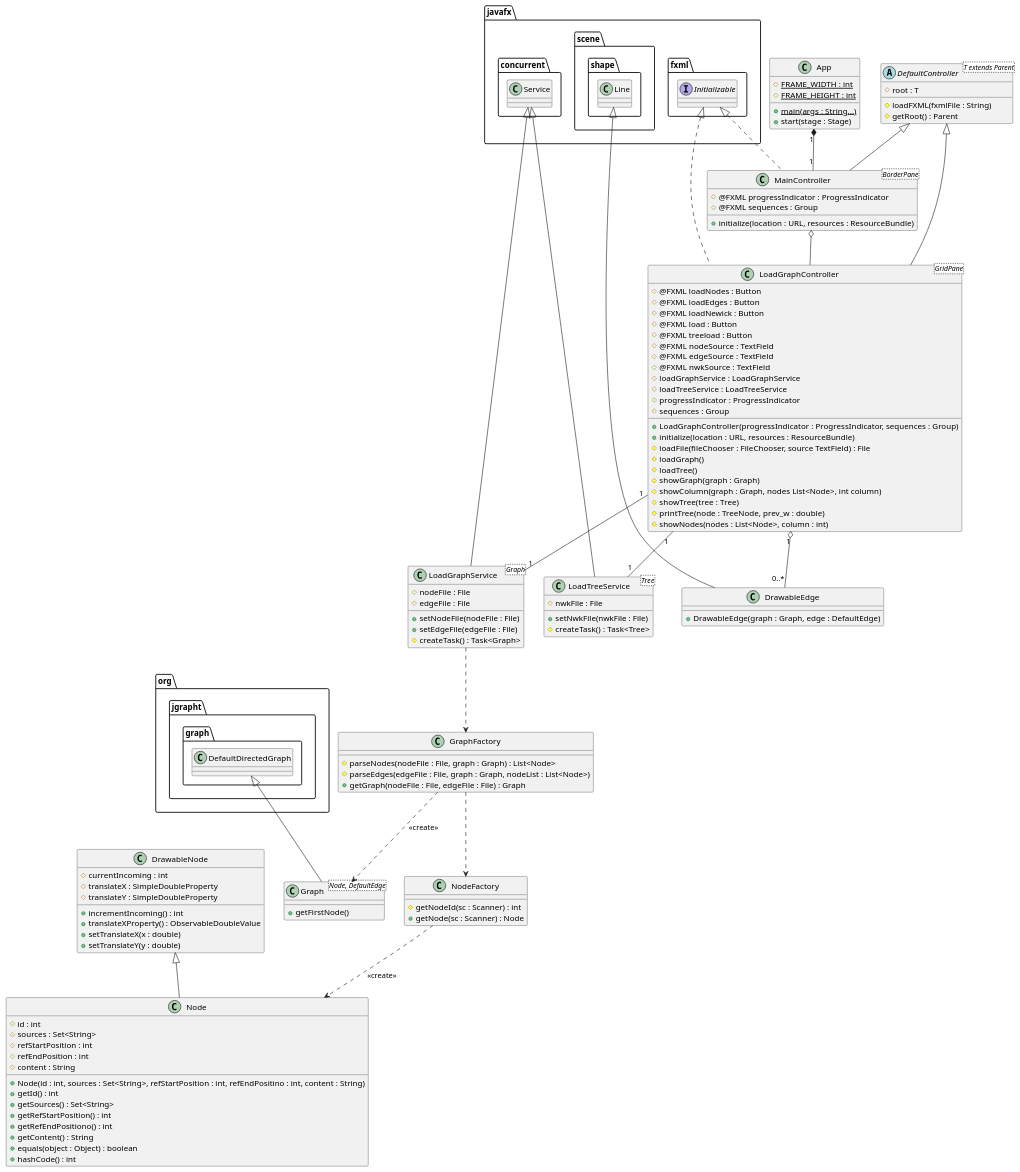
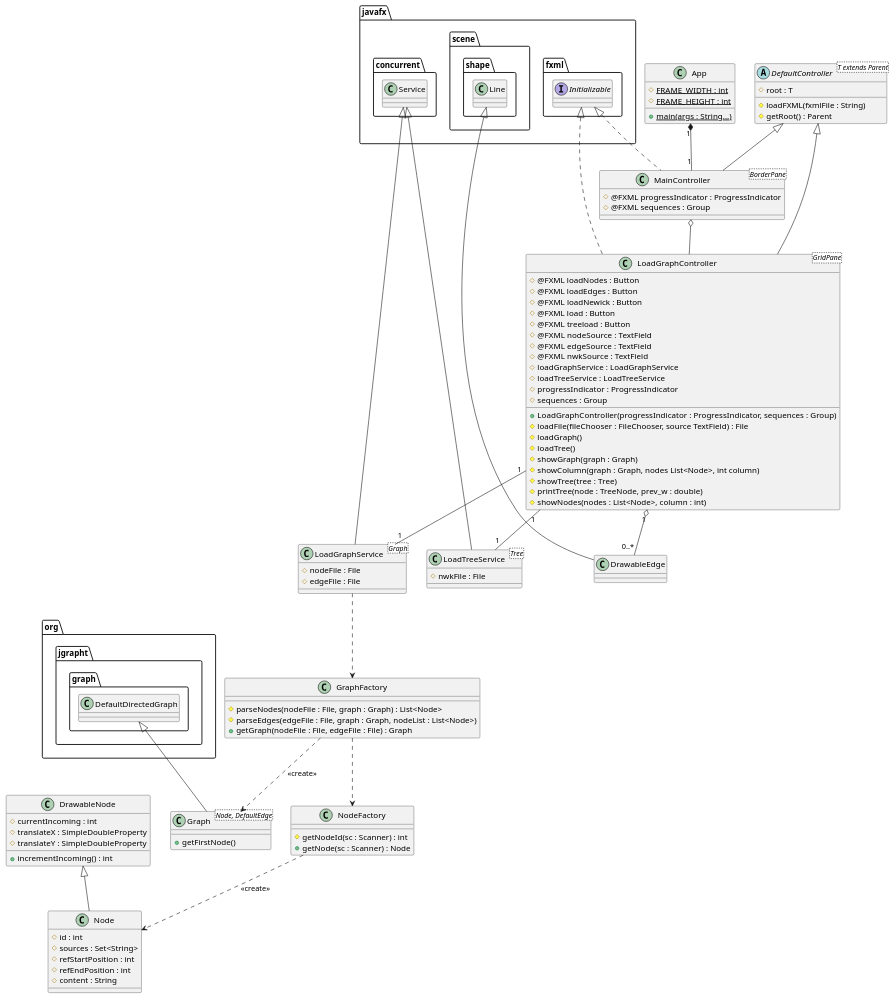
Before and after one commit to ProgrammingLife2015/geex: the diagram in diagrams/ProgrammingLife.puml, drawn with PlantUML.

Commit message:
Remove not interesting parts of the diagram

```diff
--- a/diagrams/ProgrammingLife.puml
+++ b/diagrams/ProgrammingLife.puml
@@ -1,120 +1,97 @@
 @startuml
 class App {
     {static} # FRAME_WIDTH : int
     {static} # FRAME_HEIGHT : int
 
     {static} +main(args : String...)
-    +start(stage : Stage)
 }
 
-class DrawableEdge extends javafx.scene.shape.Line {
-    +DrawableEdge(graph : Graph, edge : DefaultEdge)
-}
+class DrawableEdge extends javafx.scene.shape.Line
 class DrawableNode {
     # currentIncoming : int
     # translateX : SimpleDoubleProperty
     # translateY : SimpleDoubleProperty
+
     +incrementIncoming() : int
-    +translateXProperty() : ObservableDoubleValue
-    +setTranslateX(x : double)
-    +setTranslateY(y : double)
 }
 
 abstract class DefaultController<T extends Parent> {
     # root : T
     #loadFXML(fxmlFile : String)
     #getRoot() : Parent
 }
 
 class MainController<BorderPane> extends DefaultController implements javafx.fxml.Initializable {
     # @FXML progressIndicator : ProgressIndicator
     # @FXML sequences : Group
-    +initialize(location : URL, resources : ResourceBundle)
 }
 
 class LoadGraphController<GridPane> Extends DefaultController implements javafx.fxml.Initializable {
     # @FXML loadNodes : Button
     # @FXML loadEdges : Button
     # @FXML loadNewick : Button
     # @FXML load : Button
     # @FXML treeload : Button
     # @FXML nodeSource : TextField
     # @FXML edgeSource : TextField
     # @FXML nwkSource : TextField
     # loadGraphService : LoadGraphService
     # loadTreeService : LoadTreeService
     # progressIndicator : ProgressIndicator
     # sequences : Group
 
     +LoadGraphController(progressIndicator : ProgressIndicator, sequences : Group)
-    +initialize(location : URL, resources : ResourceBundle)
     #loadFile(fileChooser : FileChooser, source TextField) : File
     #loadGraph()
     #loadTree()
     #showGraph(graph : Graph)
     #showColumn(graph : Graph, nodes List<Node>, int column)
     #showTree(tree : Tree)
     #printTree(node : TreeNode, prev_w : double)
     #showNodes(nodes : List<Node>, column : int)
 }
 
 
 class Node extends DrawableNode {
     # id : int
     # sources : Set<String>
     # refStartPosition : int
     # refEndPosition : int
     # content : String
-
-    +Node(id : int, sources : Set<String>, refStartPosition : int, refEndPositino : int, content : String)
-    +getId() : int
-    +getSources() : Set<String>
-    +getRefStartPosition() : int
-    +getRefEndPositiono() : int
-    +getContent() : String
-    +equals(object : Object) : boolean
-    +hashCode() : int
 }
 class NodeFactory {
     #getNodeId(sc : Scanner) : int
     +getNode(sc : Scanner) : Node
 }
 
 class Graph<Node, DefaultEdge> extends org.jgrapht.graph.DefaultDirectedGraph {
     +getFirstNode()
 }
 class GraphFactory {
     #parseNodes(nodeFile : File, graph : Graph) : List<Node>
     #parseEdges(edgeFile : File, graph : Graph, nodeList : List<Node>)
     +getGraph(nodeFile : File, edgeFile : File) : Graph
 }
 
 class LoadGraphService<Graph> extends javafx.concurrent.Service {
     # nodeFile : File
     # edgeFile : File
-
-    +setNodeFile(nodeFile : File)
-    +setEdgeFile(edgeFile : File)
-    #createTask() : Task<Graph>
 }
 class LoadTreeService<Tree> extends javafx.concurrent.Service {
     # nwkFile : File
-
-    +setNwkFile(nwkFile : File)
-    #createTask() : Task<Tree>
 }
 
 GraphFactory ..> Graph : << create >>
 GraphFactory ..> NodeFactory
 
 NodeFactory ..> Node : << create >>
 
 App "1" *-- "1" MainController
 MainController o-- LoadGraphController
 
 LoadGraphController "1" o-- "0..*" DrawableEdge
 LoadGraphController "1" -- "1" LoadGraphService
 LoadGraphController "1" -- "1" LoadTreeService
 
 LoadGraphService ..> GraphFactory
 @enduml
```
